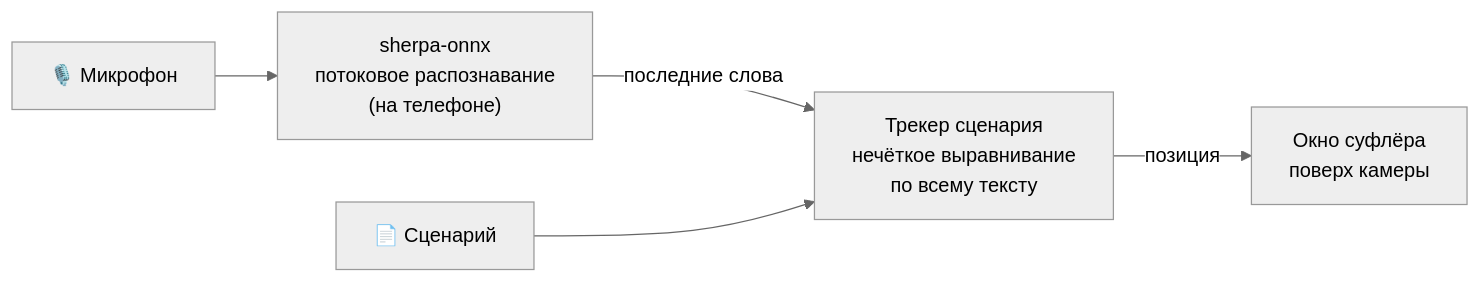
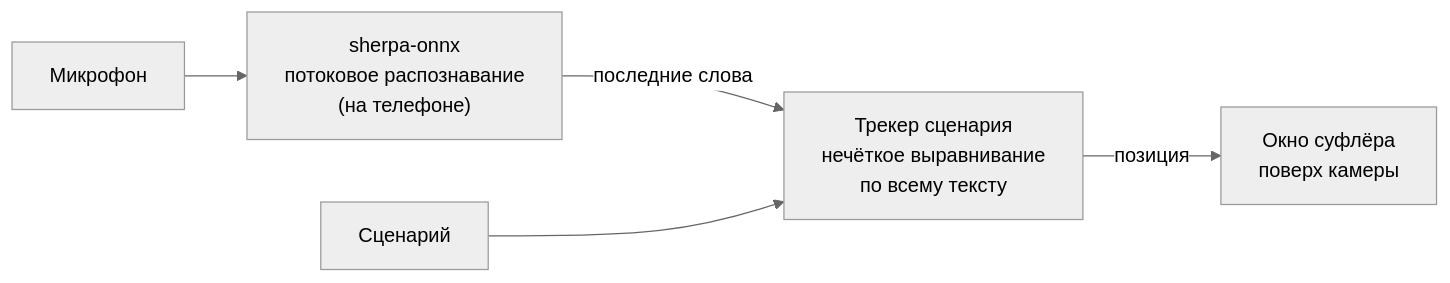
Before and after one commit to olerast67/suflyor: the diagram in README.ru.md, drawn with Mermaid (neutral theme). The commit also changed other lines of this file and 6 other files, not shown here.

````diff
--- a/README.ru.md
+++ b/README.ru.md
@@ -68,7 +68,7 @@
 ```mermaid
 flowchart LR
-    Mic["🎙️ Микрофон"] --> ASR["sherpa-onnx<br/>потоковое распознавание<br/>(на телефоне)"]
+    Mic["Микрофон"] --> ASR["sherpa-onnx<br/>потоковое распознавание<br/>(на телефоне)"]
     ASR -->|"последние слова"| Tracker["Трекер сценария<br/>нечёткое выравнивание<br/>по всему тексту"]
     Tracker -->|"позиция"| View["Окно суфлёра<br/>поверх камеры"]
-    Script["📄 Сценарий"] --> Tracker
+    Script["Сценарий"] --> Tracker
 ```
````
